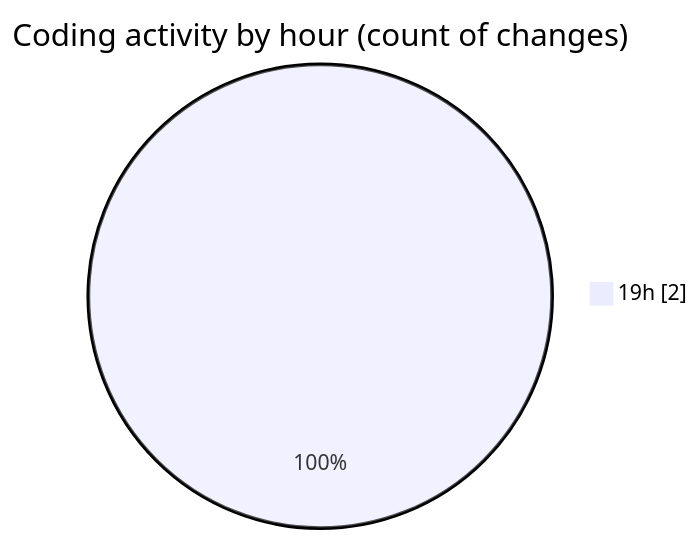
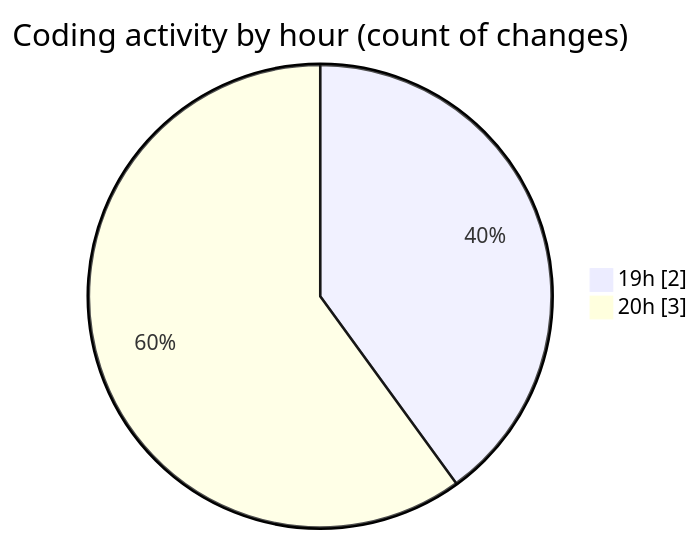
The second of 2 diagrams in 2025-09-02/hand_mate/README.md (IJAZ3593/code-tracking), drawn with Mermaid before and after one commit. The commit also changed other lines of this file and 1 other file, not shown here.

````diff
--- a/2025-09-02/hand_mate/README.md
+++ b/2025-09-02/hand_mate/README.md
@@ -30,5 +33,6 @@
 ```mermaid
 pie showData
 title Coding activity by hour (count of changes)
 "19h" : 2
+"20h" : 3
 ```
````
